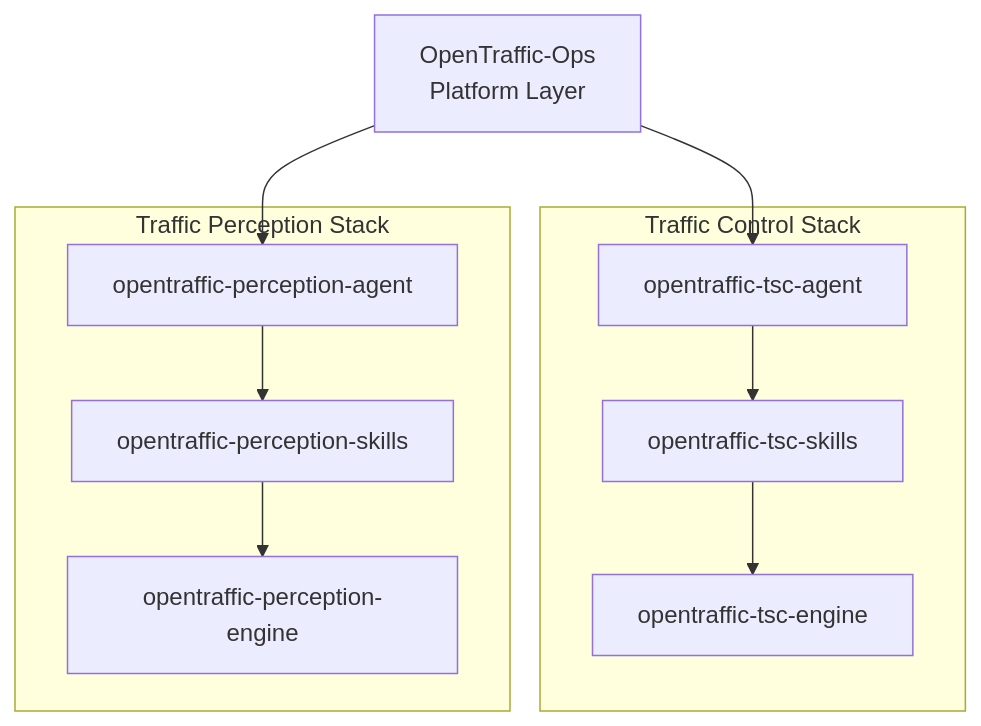
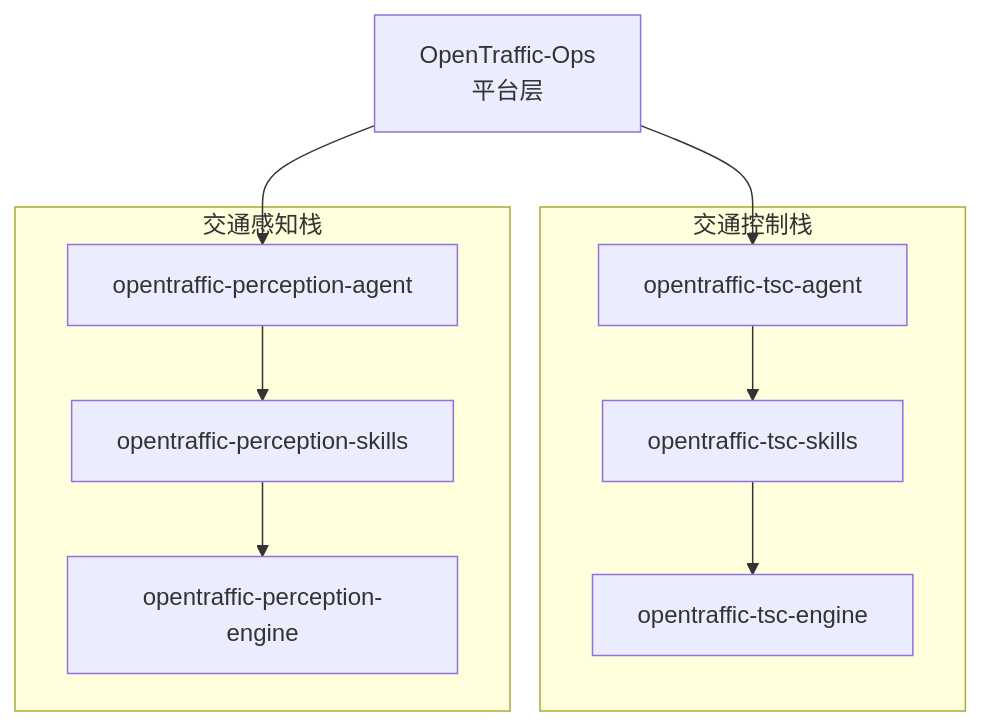
Before and after one commit to OpenTraffic-Team/OpenTraffic-Team: the diagram in README_CN.md, drawn with Mermaid. The commit also changed other lines of this file, not shown here.

````diff
--- a/README_CN.md
+++ b/README_CN.md
@@ -43,19 +47,19 @@
 ```mermaid
 flowchart TD
-    OPS[OpenTraffic-Ops<br/>Platform Layer]
+    OPS[OpenTraffic-Ops<br/>平台层]
 
-    subgraph CONTROL[Traffic Control Stack]
+    subgraph CONTROL[交通控制栈]
         CA[opentraffic-tsc-agent]
         CS[opentraffic-tsc-skills]
         CE[opentraffic-tsc-engine]
     end
 
-    subgraph PERCEPTION[Traffic Perception Stack]
+    subgraph PERCEPTION[交通感知栈]
         PA[opentraffic-perception-agent]
         PS[opentraffic-perception-skills]
         PE[opentraffic-perception-engine]
     end
 
     OPS --> CA --> CS --> CE
     OPS --> PA --> PS --> PE
 ```
````
